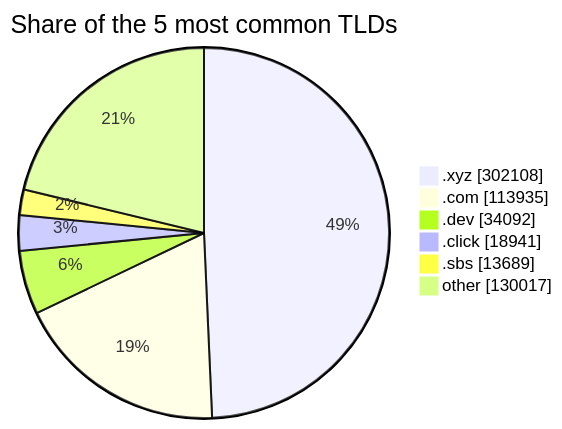
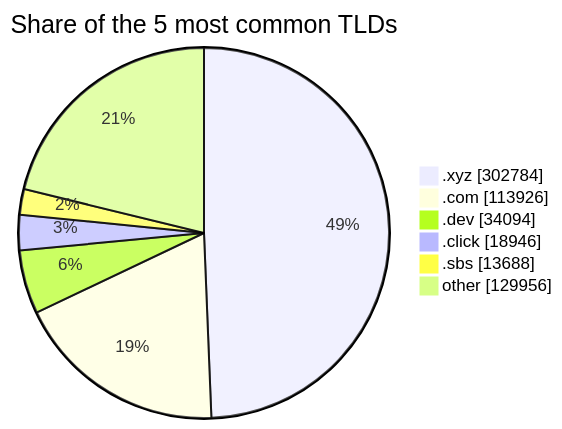
Before and after one commit to DNSBunker/CTI: the third of 3 diagrams in README.md, drawn with Mermaid. The commit also changed other lines of this file and 3 other files, not shown here.

````diff
--- a/README.md
+++ b/README.md
@@ -81,9 +81,9 @@
 ```mermaid
 pie showData title Share of the 5 most common TLDs
-    ".xyz" : 302108
-    ".com" : 113935
-    ".dev" : 34092
-    ".click" : 18941
-    ".sbs" : 13689
-    "other" : 130017
+    ".xyz" : 302784
+    ".com" : 113926
+    ".dev" : 34094
+    ".click" : 18946
+    ".sbs" : 13688
+    "other" : 129956
 ```
````
